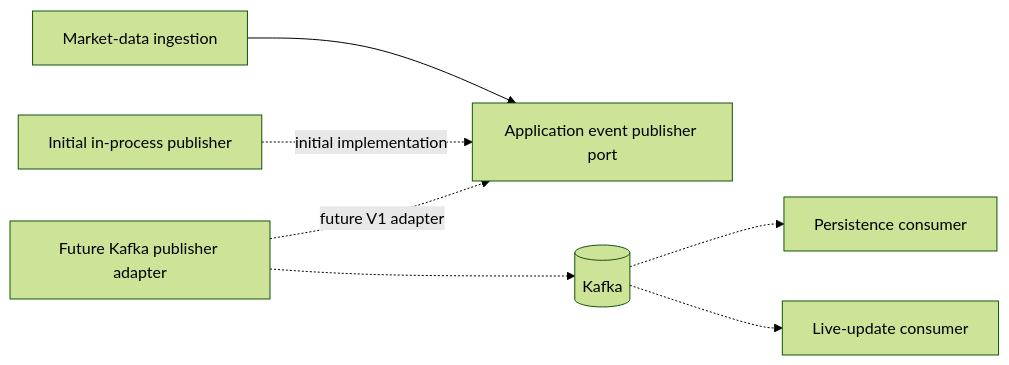
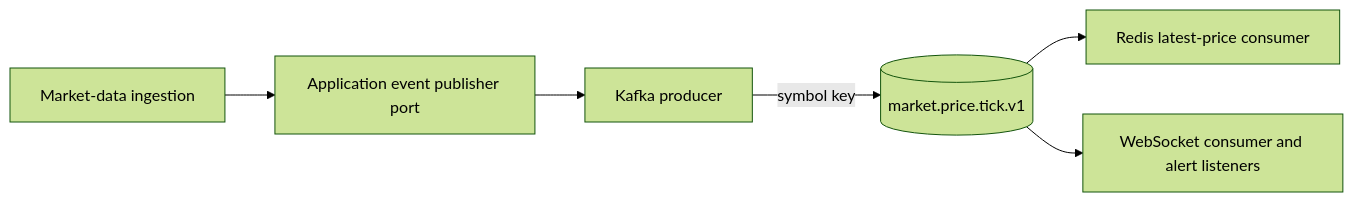
Before and after one commit to Atheesan/fx-trading: the sixth of 6 diagrams in docs/architecture.md, drawn with Mermaid (forest theme). The commit also changed other lines of this file and 22 other files, not shown here.

Commit message:
[Atheesan][FX][Add Kafka for price update streaming]

````diff
--- a/docs/architecture.md
+++ b/docs/architecture.md
@@ -266,17 +294,15 @@
 ```mermaid
 flowchart LR
     Ingestion[Market-data ingestion]
     EventPort[Application event publisher port]
-    InProcess[Initial in-process publisher]
-    KafkaAdapter[Future Kafka publisher adapter]
-    Kafka[(Kafka)]
-    PersistenceConsumer[Persistence consumer]
-    LiveConsumer[Live-update consumer]
+    KafkaAdapter[Kafka producer]
+    Kafka[(market.price.tick.v1)]
+    RedisConsumer[Redis latest-price consumer]
+    LiveConsumer[WebSocket consumer and alert listeners]
 
     Ingestion --> EventPort
-    InProcess -.->|initial implementation| EventPort
-    KafkaAdapter -.->|future V1 adapter| EventPort
-    KafkaAdapter -.-> Kafka
-    Kafka -.-> PersistenceConsumer
-    Kafka -.-> LiveConsumer
+    EventPort --> KafkaAdapter
+    KafkaAdapter -->|symbol key| Kafka
+    Kafka --> RedisConsumer
+    Kafka --> LiveConsumer
 ```
````
